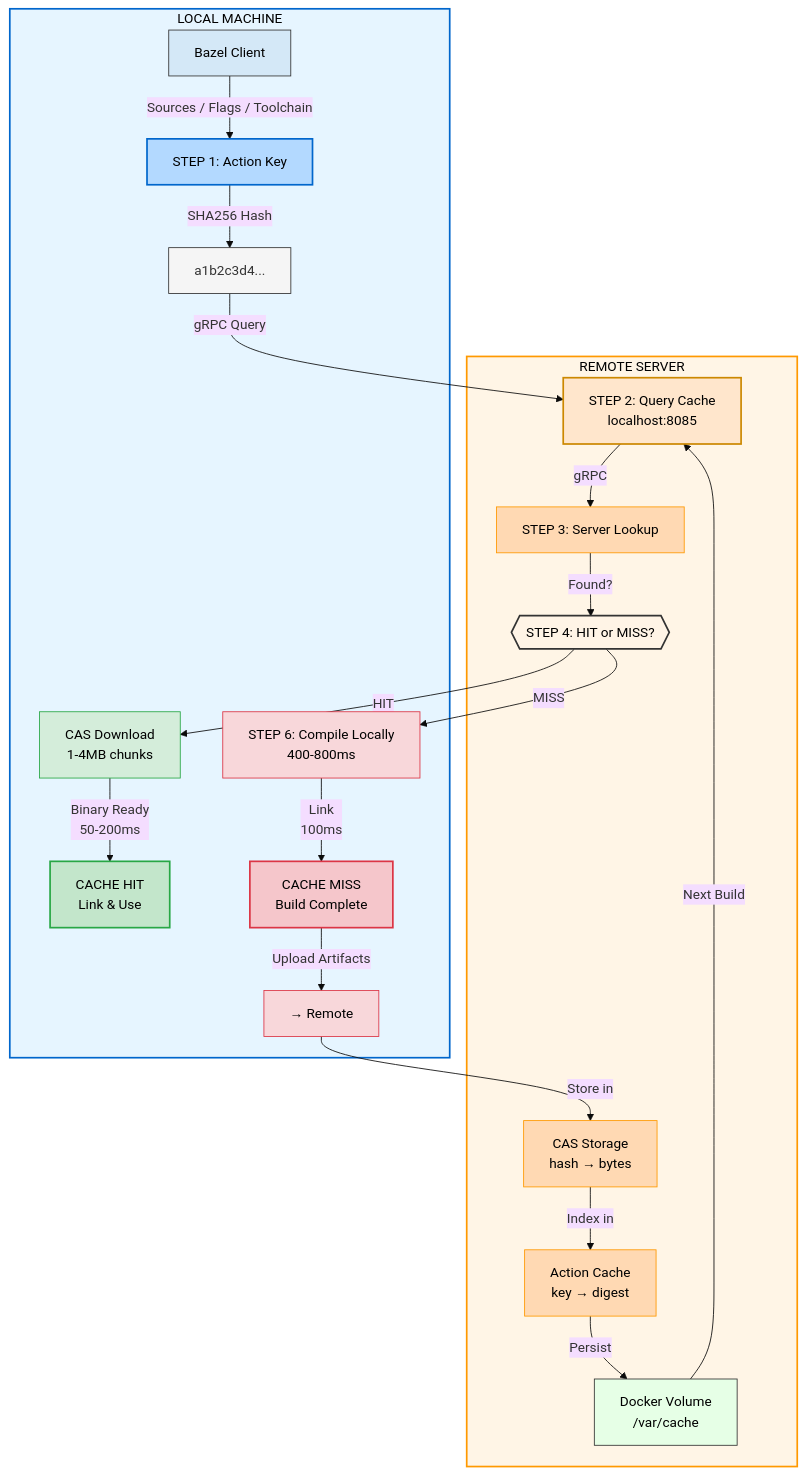
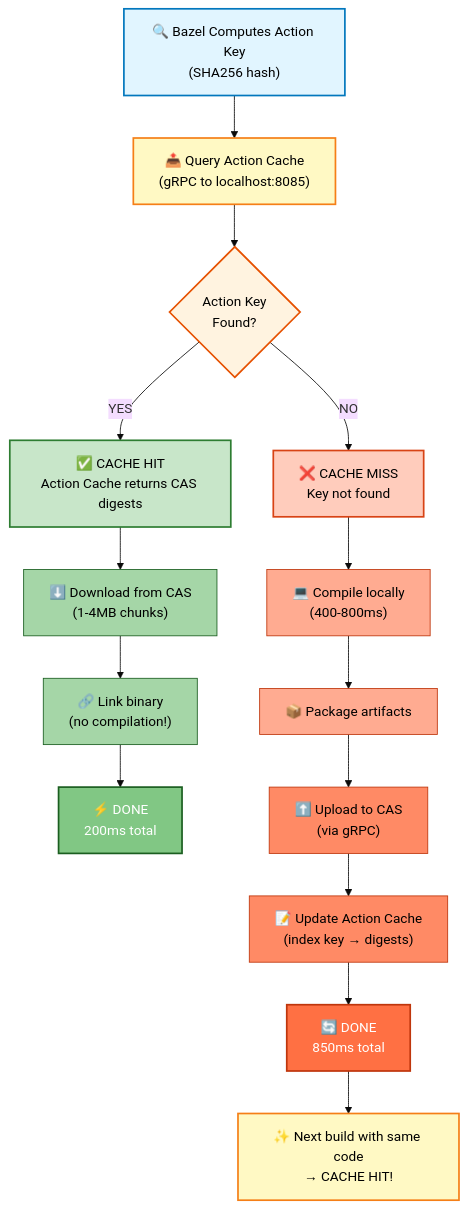
One commit to iakshayubale/bazel-infra-lab changed the second of 2 diagrams in README.md. Above: the diagram before and after it, drawn with Mermaid (base theme). The commit also changed other lines of this file and 8 other files, not shown here.

````diff
--- a/README.md
+++ b/README.md
@@ -280,44 +406,40 @@
 ```mermaid
 graph TD
-    subgraph LOCAL ["LOCAL MACHINE"]
-        A["Bazel Client"] -->|Sources / Flags / Toolchain| B["STEP 1: Action Key"]
-        B -->|SHA256 Hash| C["a1b2c3d4..."]
-        G["CAS Download<br/>1-4MB chunks"] -->|Binary Ready<br/>50-200ms| J["CACHE HIT<br/>Link & Use"]
-        I["STEP 6: Compile Locally<br/>400-800ms"]
-        I -->|Link<br/>100ms| K["CACHE MISS<br/>Build Complete"]
-        K -->|Upload Artifacts| L["→ Remote"]
-    end
+    Start["🔍 Bazel Computes Action Key<br/>(SHA256 hash)"]
     
-    subgraph REMOTE ["REMOTE SERVER"]
-        D["STEP 2: Query Cache<br/>localhost:8085"] -->|gRPC| E["STEP 3: Server Lookup"]
-        E -->|Found?| F{{"STEP 4: HIT or MISS?"}}
-        F -->|HIT| G
-        F -->|MISS| I
-        AC["Action Cache<br/>key → digest"]
-        CAS["CAS Storage<br/>hash → bytes"]
-        VOL["Docker Volume<br/>/var/cache"]
-    end
+    Start --> Query["📤 Query Action Cache<br/>(gRPC to localhost:8085)"]
     
-    C -->|gRPC Query| D
-    L -->|Store in| CAS
-    CAS -->|Index in| AC
-    AC -->|Persist| VOL
-    VOL -->|Next Build| D
+    Query --> Decision{"Action Key<br/>Found?"}
     
-    style LOCAL fill:#e6f5ff,stroke:#0066cc,stroke-width:2px,color:#000
-    style REMOTE fill:#fff5e6,stroke:#ff9900,stroke-width:2px,color:#000
-    style A fill:#d4e8f7,stroke:#333,stroke-width:1px,color:#000
-    style B fill:#b3d9ff,stroke:#0066cc,stroke-width:2px,color:#000
-    style C fill:#f5f5f5,stroke:#333,stroke-width:1px,color:#333
-    style D fill:#ffe6cc,stroke:#cc8800,stroke-width:2px,color:#000
-    style E fill:#ffd9b3,stroke:#ff9900,stroke-width:1px,color:#000
-    style F fill:#fff4e6,stroke:#333,stroke-width:2px,color:#000
-    style G fill:#d4edda,stroke:#28a745,stroke-width:1px,color:#000
-    style I fill:#f8d7da,stroke:#dc3545,stroke-width:1px,color:#000
-    style J fill:#c3e6cb,stroke:#28a745,stroke-width:2px,color:#000
-    style K fill:#f5c6cb,stroke:#dc3545,stroke-width:2px,color:#000
-    style L fill:#f8d7da,stroke:#dc3545,stroke-width:1px,color:#000
-    style CAS fill:#ffd9b3,stroke:#ff9900,stroke-width:1px,color:#000
-    style AC fill:#ffd9b3,stroke:#ff9900,stroke-width:1px,color:#000
-    style VOL fill:#e6ffe6,stroke:#333,stroke-width:1px,color:#000
+    %% CACHE HIT PATH
+    Decision -->|YES| Hit1["✅ CACHE HIT<br/>Action Cache returns CAS digests"]
+    Hit1 --> Hit2["⬇️ Download from CAS<br/>(1-4MB chunks)"]
+    Hit2 --> Hit3["🔗 Link binary<br/>(no compilation!)"]
+    Hit3 --> Hit4["⚡ DONE<br/>200ms total"]
+    
+    %% CACHE MISS PATH
+    Decision -->|NO| Miss1["❌ CACHE MISS<br/>Key not found"]
+    Miss1 --> Miss2["💻 Compile locally<br/>(400-800ms)"]
+    Miss2 --> Miss3["📦 Package artifacts"]
+    Miss3 --> Miss4["⬆️ Upload to CAS<br/>(via gRPC)"]
+    Miss4 --> Miss5["📝 Update Action Cache<br/>(index key → digests)"]
+    Miss5 --> Miss6["🔄 DONE<br/>850ms total"]
+    Miss6 --> NextBuild["✨ Next build with same code<br/>→ CACHE HIT!"]
+    
+    style Start fill:#e1f5ff,stroke:#0277bd,stroke-width:2px,color:#000
+    style Query fill:#fff9c4,stroke:#f57f17,stroke-width:2px,color:#000
+    style Decision fill:#fff3e0,stroke:#e65100,stroke-width:2px,color:#000
+    
+    style Hit1 fill:#c8e6c9,stroke:#2e7d32,stroke-width:2px,color:#000
+    style Hit2 fill:#a5d6a7,stroke:#1b5e20,stroke-width:1px,color:#000
+    style Hit3 fill:#a5d6a7,stroke:#1b5e20,stroke-width:1px,color:#000
+    style Hit4 fill:#81c784,stroke:#1b5e20,stroke-width:2px,color:#fff
+    
+    style Miss1 fill:#ffccbc,stroke:#d84315,stroke-width:2px,color:#000
+    style Miss2 fill:#ffab91,stroke:#bf360c,stroke-width:1px,color:#000
+    style Miss3 fill:#ffab91,stroke:#bf360c,stroke-width:1px,color:#000
+    style Miss4 fill:#ff8a65,stroke:#bf360c,stroke-width:1px,color:#000
+    style Miss5 fill:#ff8a65,stroke:#bf360c,stroke-width:1px,color:#000
+    style Miss6 fill:#ff7043,stroke:#bf360c,stroke-width:2px,color:#fff
+    style NextBuild fill:#fff9c4,stroke:#f57f17,stroke-width:2px,color:#000
 ```
````
